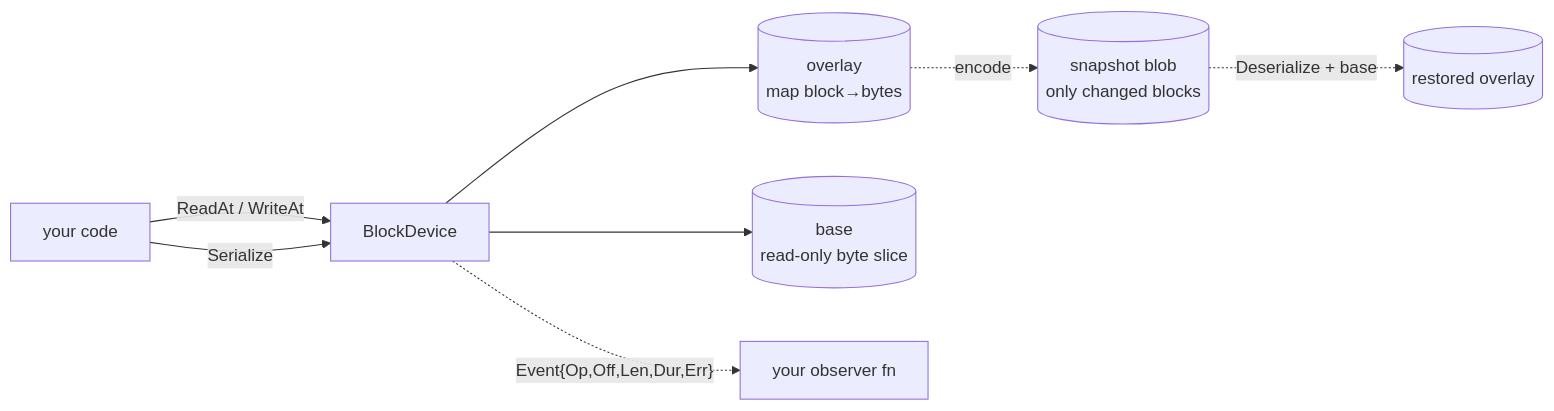
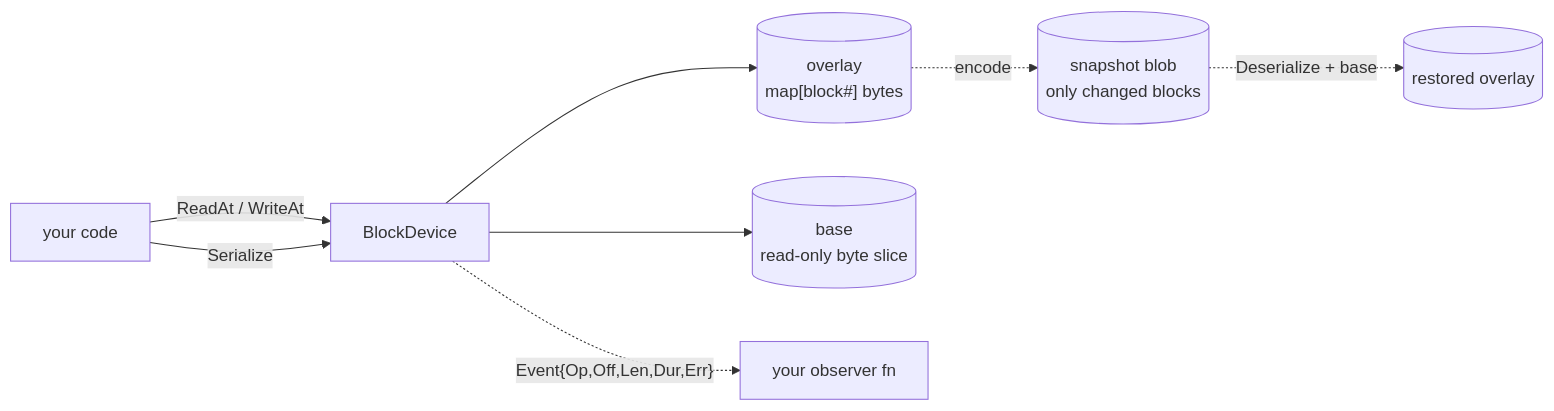
One commit to codingminions/blockdev changed the diagram in README.md. Above: the diagram before and after it, drawn with Mermaid. The commit also changed other lines of this file and 1 other file, not shown here.

````diff
--- a/README.md
+++ b/README.md
@@ -15,12 +15,12 @@
 ```mermaid
 flowchart LR
     Caller[your code] -->|"ReadAt / WriteAt"| BD[BlockDevice]
     Caller -->|"Serialize"| BD
 
-    BD --> Overlay[("overlay<br/>map block→bytes")]
+    BD --> Overlay[("overlay<br/>map[block#] bytes")]
     BD --> Base[("base<br/>read-only byte slice")]
     Overlay -.->|encode| Blob[("snapshot blob<br/>only changed blocks")]
     Blob -.->|Deserialize + base| Overlay2[("restored overlay")]
 
     BD -.->|"Event{Op,Off,Len,Dur,Err}"| Obs[your observer fn]
 ```
````
